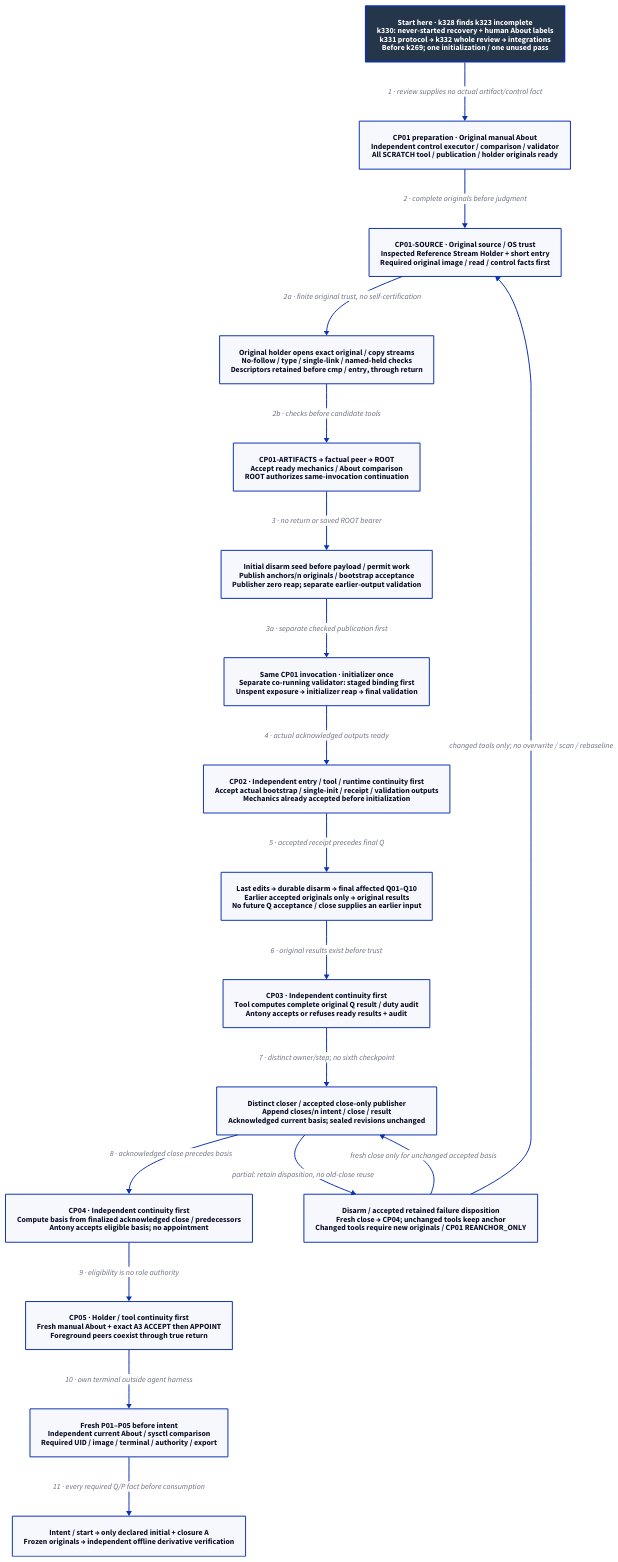
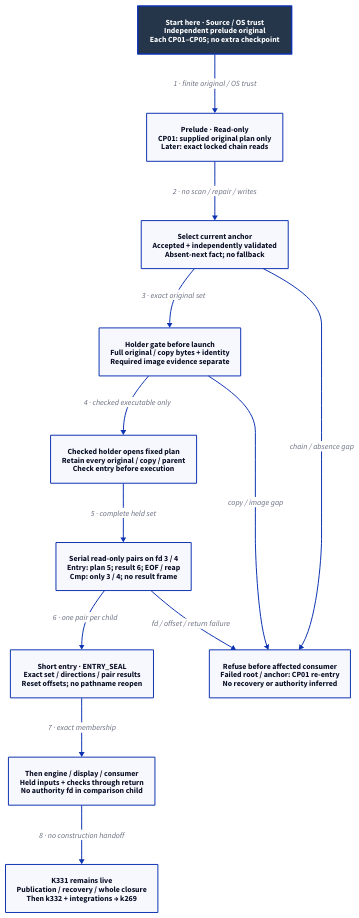
One commit to Linkuistics/Koine changed the diagram in docs/design/architecture/native-reference-proof.d2. Above: the diagram before and after it, drawn with D2. The commit also changed 13 other files, not shown here.

Commit message:
Design pre-tool continuity (reference-evidence-pretool-continuity-k333)

```diff
--- a/docs/design/architecture/native-reference-proof.d2
+++ b/docs/design/architecture/native-reference-proof.d2
@@ -1,38 +1,26 @@
-# Reviewed k323 proposal; k330/k331/k332 replacement and integrations precede k269.
+# k333 pre-tool design slice. Whole k331 closure / k332 review precede construction.
 direction: down
 classes: {
   start: {style: {fill: "#25364B"; font-color: "#FFFFFF"; bold: true; stroke-width: 3}}
 }
-Start: "Start here · k328 finds k323 incomplete\nk330: never-started recovery + human About labels\nk331 protocol → k332 whole review → integrations\nBefore k269; one initialization / one unused pass" {class: start}
-Prepare: "CP01 preparation · Original manual About\nIndependent control executor / comparison / validator\nAll SCRATCH tool / publication / holder originals ready"
-Source: "CP01-SOURCE · Original source / OS trust\nInspected Reference Stream Holder + short entry\nRequired original image / read / control facts first"
-Holder: "Original holder opens exact original / copy streams\nNo-follow / type / single-link / named-held checks\nDescriptors retained before cmp / entry, through return"
-CP01: "CP01-ARTIFACTS → factual peer → ROOT\nAccept ready mechanics / About comparison\nROOT authorizes same-invocation continuation"
-Bootstrap: "Initial disarm seed before payload / permit work\nPublish anchors/n originals / bootstrap acceptance\nPublisher zero reap; separate earlier-output validation"
-Initialize: "Same CP01 invocation · initializer once\nSeparate co-running validator: staged binding first\nUnspent exposure → initializer reap → final validation"
-CP02: "CP02 · Independent entry / tool / runtime continuity first\nAccept actual bootstrap / single-init / receipt / validation outputs\nMechanics already accepted before initialization"
-Q: "Last edits → durable disarm → final affected Q01–Q10\nEarlier accepted originals only → original results\nNo future Q acceptance / close supplies an earlier input"
-CP03: "CP03 · Independent continuity first\nTool computes complete original Q result / duty audit\nAntony accepts or refuses ready results + audit"
-Close: "Distinct closer / accepted close-only publisher\nAppend closes/n intent / close / result\nAcknowledged current basis; sealed revisions unchanged"
-CP04: "CP04 · Independent continuity first\nCompute basis from finalized acknowledged close / predecessors\nAntony accepts eligible basis; no appointment"
-CP05: "CP05 · Holder / tool continuity first\nFresh manual About + exact A3 ACCEPT then APPOINT\nForeground peers coexist through true return"
-P: "Fresh P01–P05 before intent\nIndependent current About / sysctl comparison\nRequired UID / image / terminal / authority / export"
-A: "Intent / start → only declared initial + closure A\nFrozen originals → independent offline derivative verification"
-Start -> Prepare: "1 · review supplies no actual artifact/control fact"
-Prepare -> Source: "2 · complete originals before judgment"
-Source -> Holder: "2a · finite original trust, no self-certification"
-Holder -> CP01: "2b · checks before candidate tools"
-CP01 -> Bootstrap: "3 · no return or saved ROOT bearer"
-Bootstrap -> Initialize: "3a · separate checked publication first"
-Initialize -> CP02: "4 · actual acknowledged outputs ready"
-CP02 -> Q: "5 · accepted receipt precedes final Q"
-Q -> CP03: "6 · original results exist before trust"
-CP03 -> Close: "7 · distinct owner/step; no sixth checkpoint"
-Close -> CP04: "8 · acknowledged close precedes basis"
-CP04 -> CP05: "9 · eligibility is no role authority"
-CP05 -> P: "10 · own terminal outside agent harness"
-P -> A: "11 · every required Q/P fact before consumption"
-Correction: "Disarm / accepted retained failure disposition\nFresh close → CP04; unchanged tools keep anchor\nChanged tools require new originals / CP01 REANCHOR_ONLY"
-Close -> Correction: "partial: retain disposition, no old-close reuse"
-Correction -> Close: "fresh close only for unchanged accepted basis"
-Correction -> Source: "changed tools only; no overwrite / scan / rebaseline"
+Start: "Start here · Source / OS trust\nIndependent prelude original\nEach CP01–CP05; no extra checkpoint" {class: start}
+Prelude: "Prelude · Read-only\nCP01: supplied original plan only\nLater: exact locked chain reads"
+Select: "Select current anchor\nAccepted + independently validated\nAbsent-next fact; no fallback"
+Gate: "Holder gate before launch\nFull original / copy bytes + identity\nRequired image evidence separate"
+Holder: "Checked holder opens fixed plan\nRetain every original / copy / parent\nCheck entry before execution"
+Pairs: "Serial read-only pairs on fd 3 / 4\nEntry: plan 5; result 6; EOF / reap\nCmp: only 3 / 4; no result frame"
+Seal: "Short entry · ENTRY_SEAL\nExact set / directions / pair results\nReset offsets; no pathname reopen"
+Ready: "Then engine / display / consumer\nHeld inputs + checks through return\nNo authority fd in comparison child"
+Unavailable: "Refuse before affected consumer\nFailed root / anchor: CP01 re-entry\nNo recovery or authority inferred"
+Live: "K331 remains live\nPublication / recovery / whole closure\nThen k332 + integrations → k269"
+Start -> Prelude: "1 · finite original / OS trust"
+Prelude -> Select: "2 · no scan / repair / writes"
+Select -> Gate: "3 · exact original set"
+Gate -> Holder: "4 · checked executable only"
+Holder -> Pairs: "5 · complete held set"
+Pairs -> Seal: "6 · one pair per child"
+Seal -> Ready: "7 · exact membership"
+Select -> Unavailable: "chain / absence gap"
+Gate -> Unavailable: "copy / image gap"
+Pairs -> Unavailable: "fd / offset / return failure"
+Ready -> Live: "8 · no construction handoff"
```
